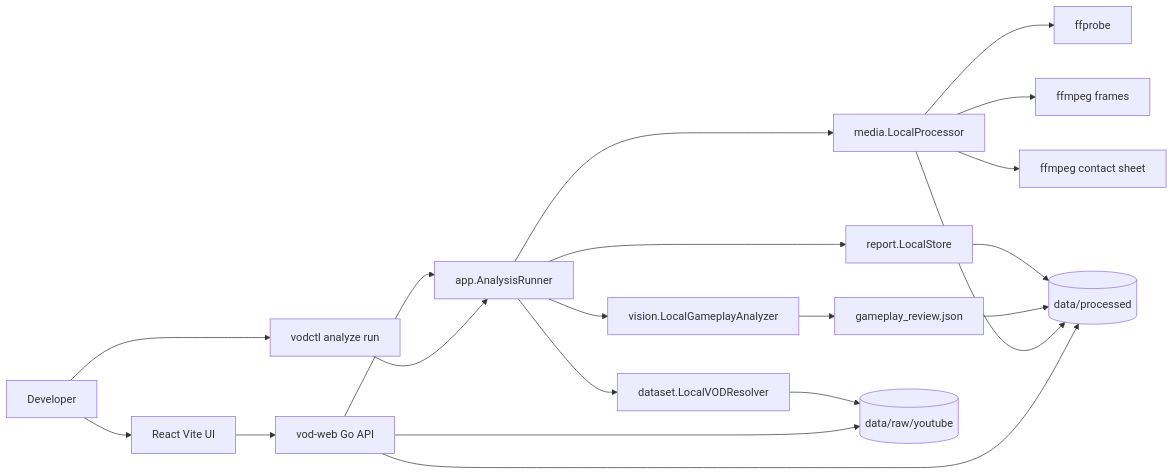
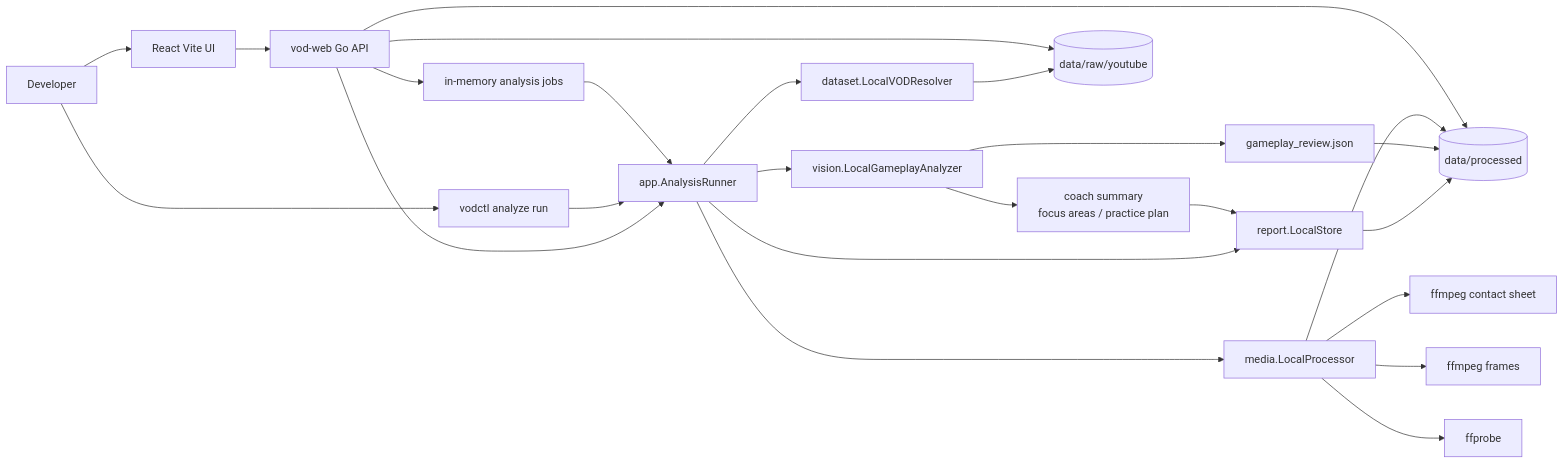
The first of 5 diagrams in docs/system-diagrams.md (Asklit/valorant-vod-coach), drawn with Mermaid before and after one commit. The commit also changed 11 other files, not shown here.

````diff
--- a/docs/system-diagrams.md
+++ b/docs/system-diagrams.md
@@ -13,38 +13,44 @@
 ```mermaid
 flowchart LR
   user[Developer]
   cli[vodctl analyze run]
   ui[React Vite UI]
   api[vod-web Go API]
+  jobs[in-memory analysis jobs]
   runner[app.AnalysisRunner]
   resolver[dataset.LocalVODResolver]
   media[media.LocalProcessor]
   ffprobe[ffprobe]
   frames[ffmpeg frames]
   sheet[ffmpeg contact sheet]
   vision[vision.LocalGameplayAnalyzer]
   gameplay[gameplay_review.json]
+  coach[coach summary<br/>focus areas / practice plan]
   report[report.LocalStore]
   raw[(data/raw/youtube)]
   processed[(data/processed)]
 
   user --> cli
   user --> ui
   ui --> api
+  api --> jobs
+  jobs --> runner
   api --> raw
   cli --> runner
   api --> runner
   api --> processed
   runner --> resolver
   resolver --> raw
   runner --> media
   media --> ffprobe
   media --> frames
   media --> sheet
   media --> processed
   runner --> vision
   vision --> gameplay
+  vision --> coach
   gameplay --> processed
+  coach --> report
   runner --> report
   report --> processed
 ```
````
